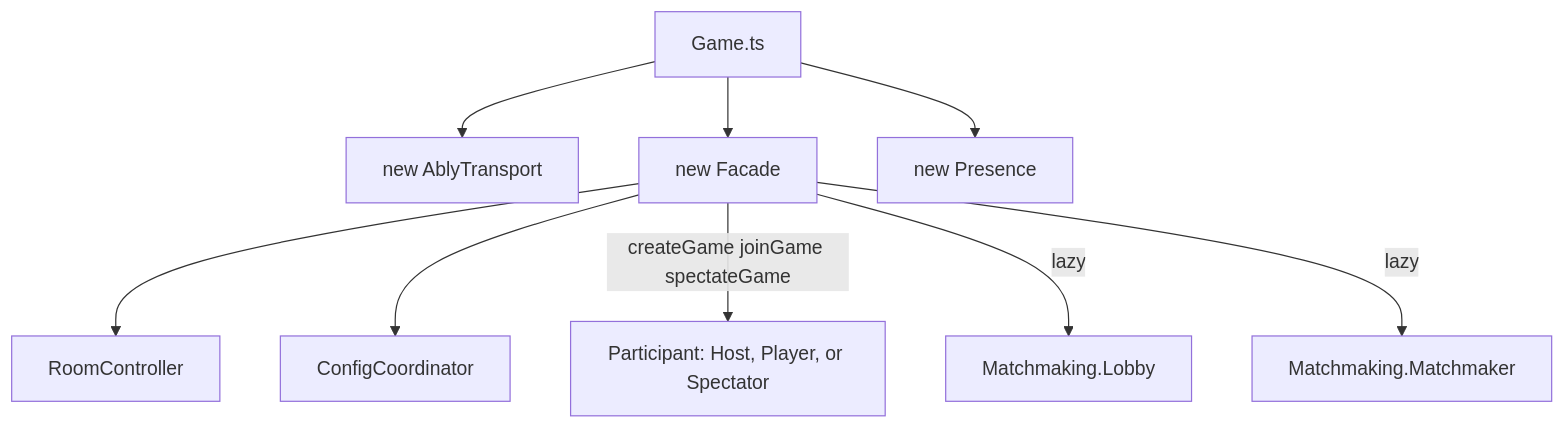
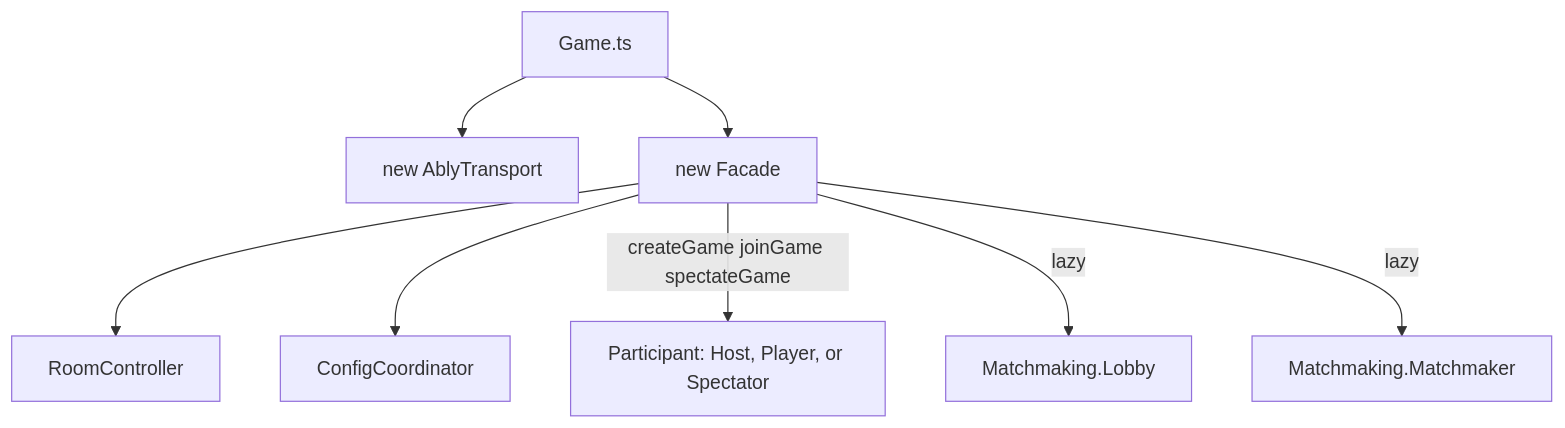
One commit to chalkysticks/docs changed the diagram in trainer/multiplayer/components.mdx. Above: the diagram before and after it, drawn with Mermaid. The commit also changed other lines of this file and 6 other files, not shown here.

````diff
--- a/trainer/multiplayer/components.mdx
+++ b/trainer/multiplayer/components.mdx
@@ -36,11 +37,10 @@
 ```mermaid
 flowchart TD
     Game[Game.ts] --> Transport[new AblyTransport]
     Game --> Facade[new Facade]
-    Game --> Presence[new Presence]
     Facade --> Room[RoomController]
     Facade --> Config[ConfigCoordinator]
     Facade -->|createGame joinGame spectateGame| Part[Participant: Host, Player, or Spectator]
     Facade -->|lazy| Lobby[Matchmaking.Lobby]
     Facade -->|lazy| Matchmaker[Matchmaking.Matchmaker]
 ```
````
